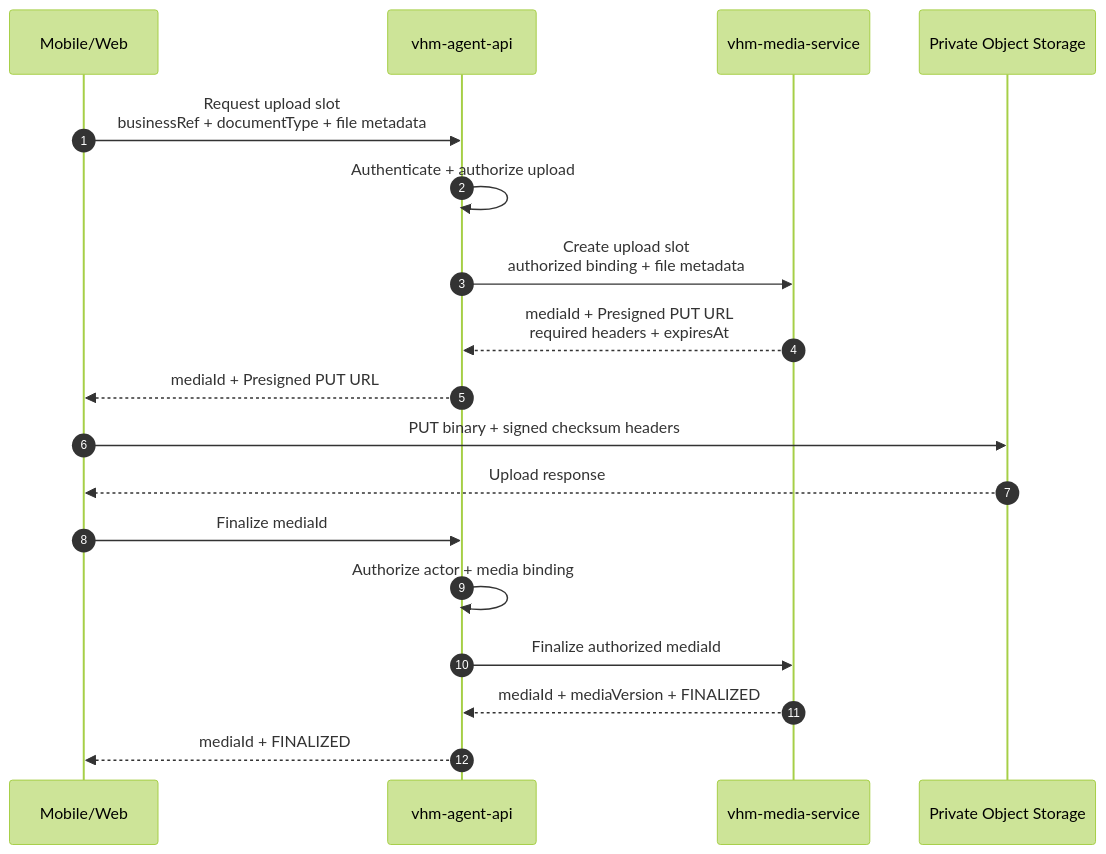
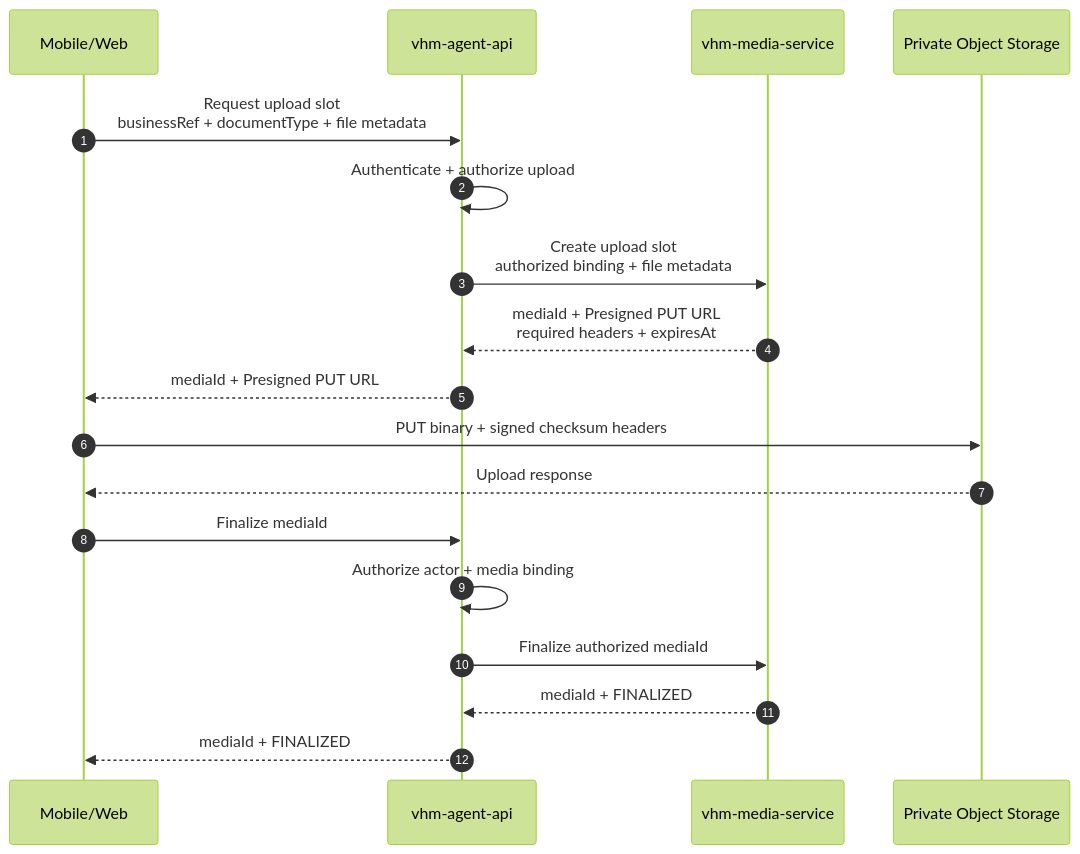
The second of 5 diagrams in noxh.md (huynv-xyz/vhm), drawn with Mermaid (forest theme) before and after one commit. The commit also changed other lines of this file, not shown here.

````diff
--- a/noxh.md
+++ b/noxh.md
@@ -154,23 +154,23 @@
 ```mermaid
 sequenceDiagram
     autonumber
     participant CLIENT as Mobile/Web
     participant BFF as vhm-agent-api
     participant MEDIA_API as vhm-media-service
     participant STORAGE as Private Object Storage
 
     CLIENT->>BFF: Request upload slot<br/>businessRef + documentType + file metadata
     BFF->>BFF: Authenticate + authorize upload
     BFF->>MEDIA_API: Create upload slot<br/>authorized binding + file metadata
     MEDIA_API-->>BFF: mediaId + Presigned PUT URL<br/>required headers + expiresAt
     BFF-->>CLIENT: mediaId + Presigned PUT URL
 
     CLIENT->>STORAGE: PUT binary + signed checksum headers
     STORAGE-->>CLIENT: Upload response
 
     CLIENT->>BFF: Finalize mediaId
     BFF->>BFF: Authorize actor + media binding
     BFF->>MEDIA_API: Finalize authorized mediaId
-    MEDIA_API-->>BFF: mediaId + mediaVersion + FINALIZED
+    MEDIA_API-->>BFF: mediaId + FINALIZED
     BFF-->>CLIENT: mediaId + FINALIZED
 ```
````
